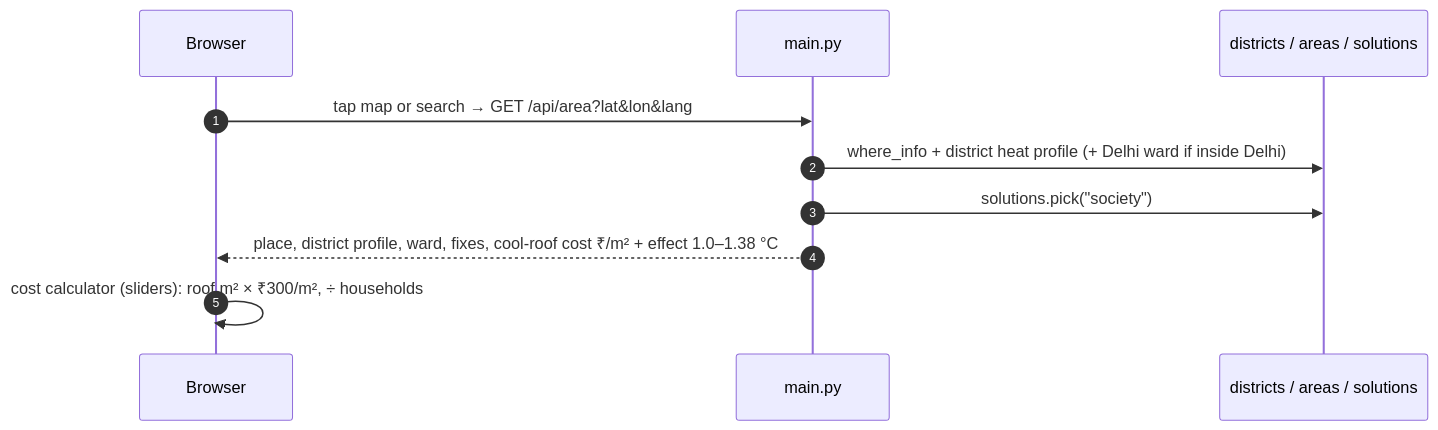
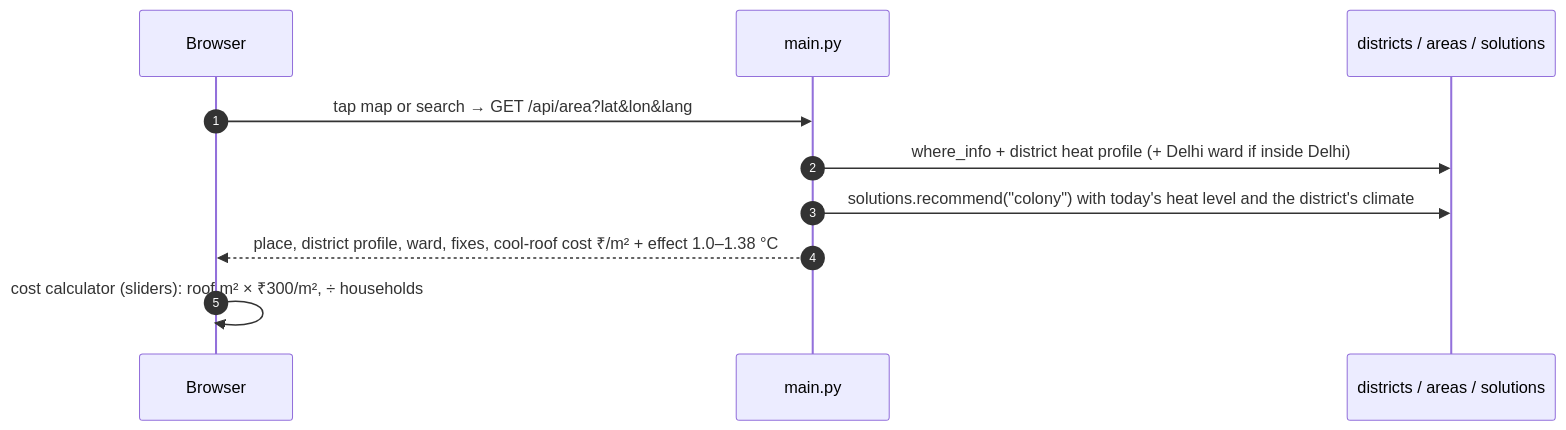
Before and after one commit to VanshikaSingh277/garmi-check-india: the eighth of 10 diagrams in docs/ARCHITECTURE.md, drawn with Mermaid. The commit also changed other lines of this file and 12 other files, not shown here.

````diff
--- a/docs/ARCHITECTURE.md
+++ b/docs/ARCHITECTURE.md
@@ -275,12 +273,12 @@
 ```mermaid
 sequenceDiagram
   autonumber
   participant B as Browser
   participant M as main.py
   participant D as districts / areas / solutions
   B->>M: tap map or search → GET /api/area?lat&lon&lang
   M->>D: where_info + district heat profile (+ Delhi ward if inside Delhi)
-  M->>D: solutions.pick("society")
+  M->>D: solutions.recommend("colony") with today's heat level and the district's climate
   M-->>B: place, district profile, ward, fixes, cool-roof cost ₹/m² + effect 1.0–1.38 °C
   B->>B: cost calculator (sliders): roof m² × ₹300/m², ÷ households
 ```
````
